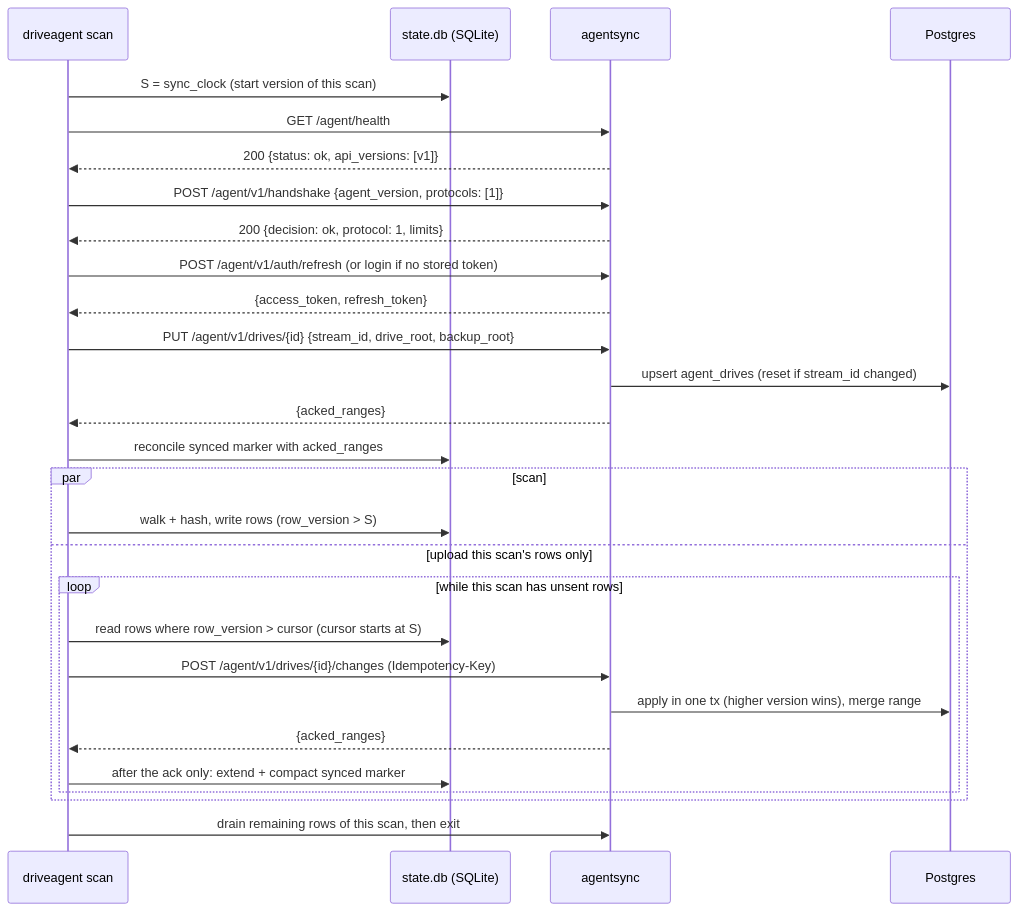
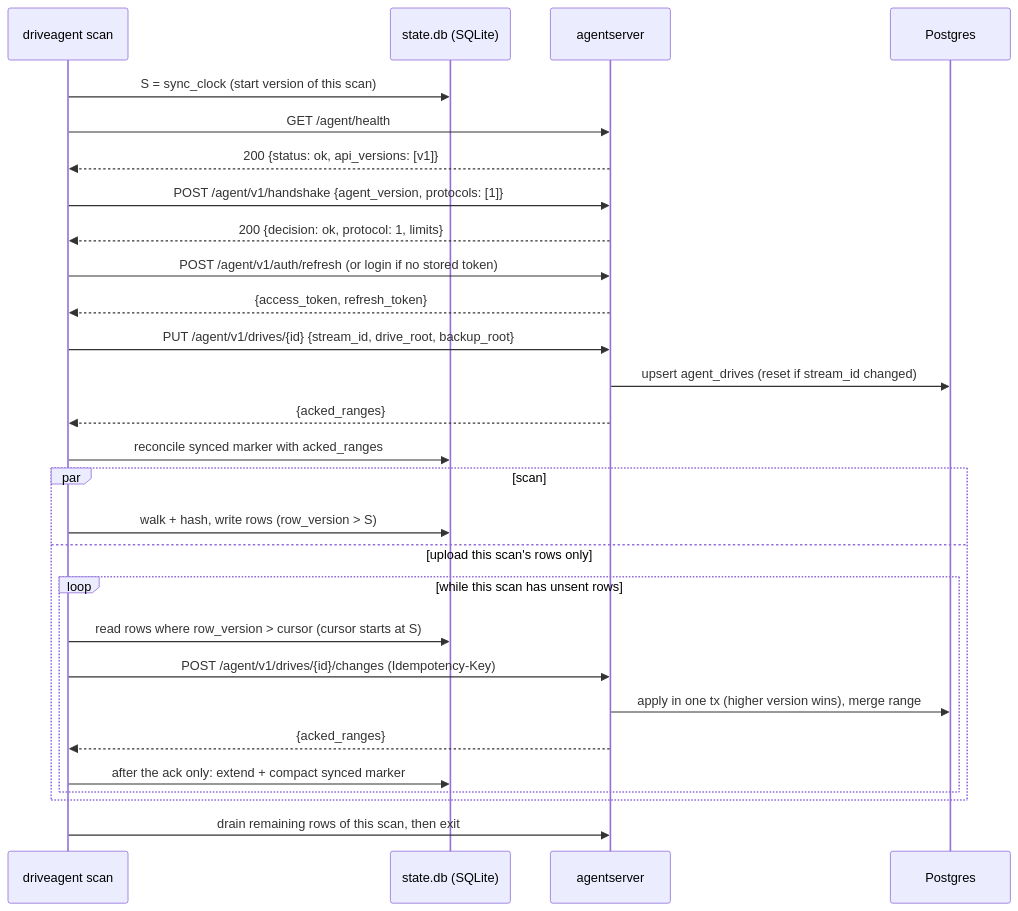
The diagram in docs/specs/remote-sync.md (jyothri/bhandaar), drawn with Mermaid before and after one commit. The commit also changed other lines of this file and 63 other files, not shown here.

````diff
--- a/docs/specs/remote-sync.md
+++ b/docs/specs/remote-sync.md
@@ -154,31 +154,31 @@
 ```mermaid
 sequenceDiagram
     participant A as driveagent scan
     participant L as state.db (SQLite)
-    participant S as agentsync
+    participant S as agentserver
     participant P as Postgres
 
     A->>L: S = sync_clock (start version of this scan)
     A->>S: GET /agent/health
     S-->>A: 200 {status: ok, api_versions: [v1]}
     A->>S: POST /agent/v1/handshake {agent_version, protocols: [1]}
     S-->>A: 200 {decision: ok, protocol: 1, limits}
     A->>S: POST /agent/v1/auth/refresh (or login if no stored token)
     S-->>A: {access_token, refresh_token}
     A->>S: PUT /agent/v1/drives/{id} {stream_id, drive_root, backup_root}
     S->>P: upsert agent_drives (reset if stream_id changed)
     S-->>A: {acked_ranges}
     A->>L: reconcile synced marker with acked_ranges
     par scan
         A->>L: walk + hash, write rows (row_version > S)
     and upload this scan's rows only
         loop while this scan has unsent rows
             A->>L: read rows where row_version > cursor (cursor starts at S)
             A->>S: POST /agent/v1/drives/{id}/changes (Idempotency-Key)
             S->>P: apply in one tx (higher version wins), merge range
             S-->>A: {acked_ranges}
             A->>L: after the ack only: extend + compact synced marker
         end
     end
     A->>S: drain remaining rows of this scan, then exit
 ```
````
